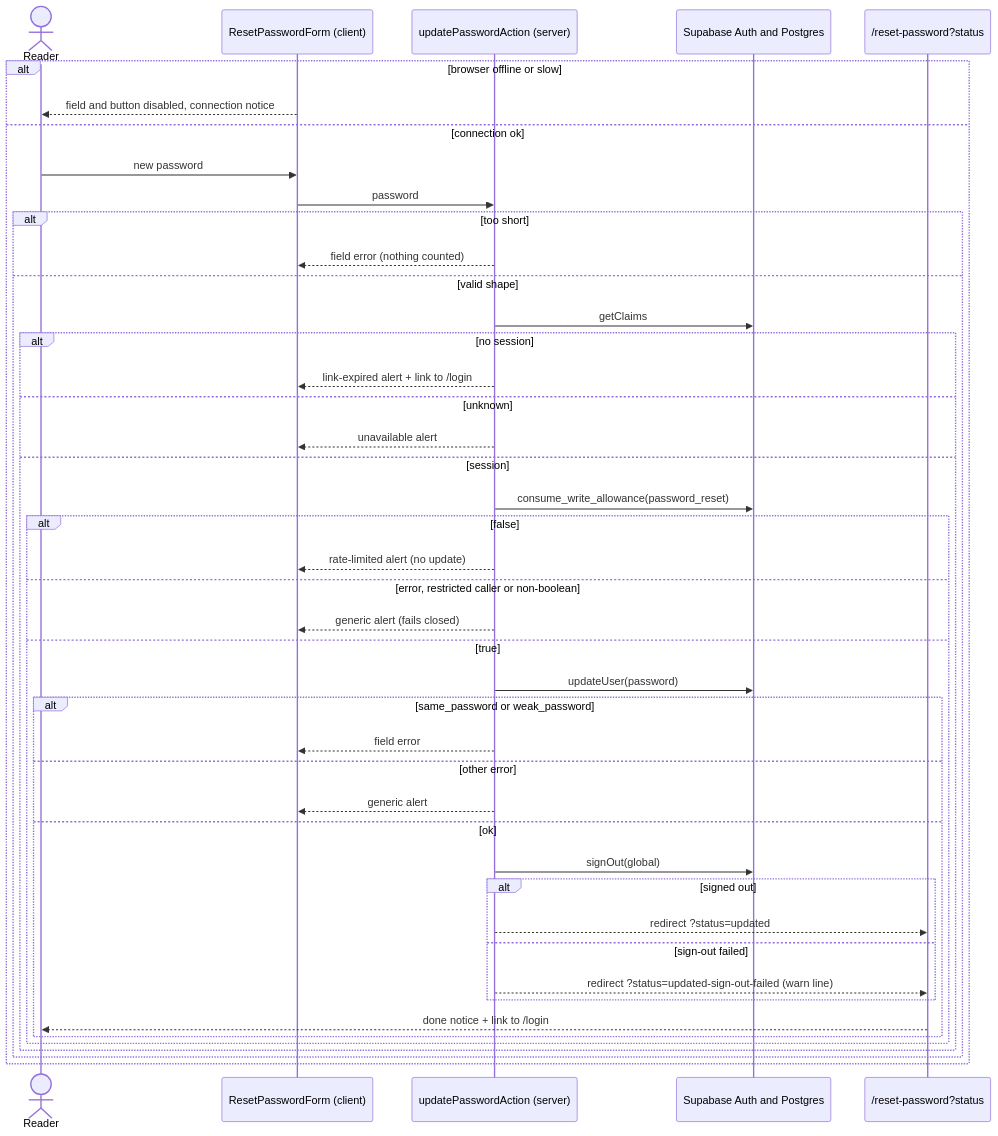
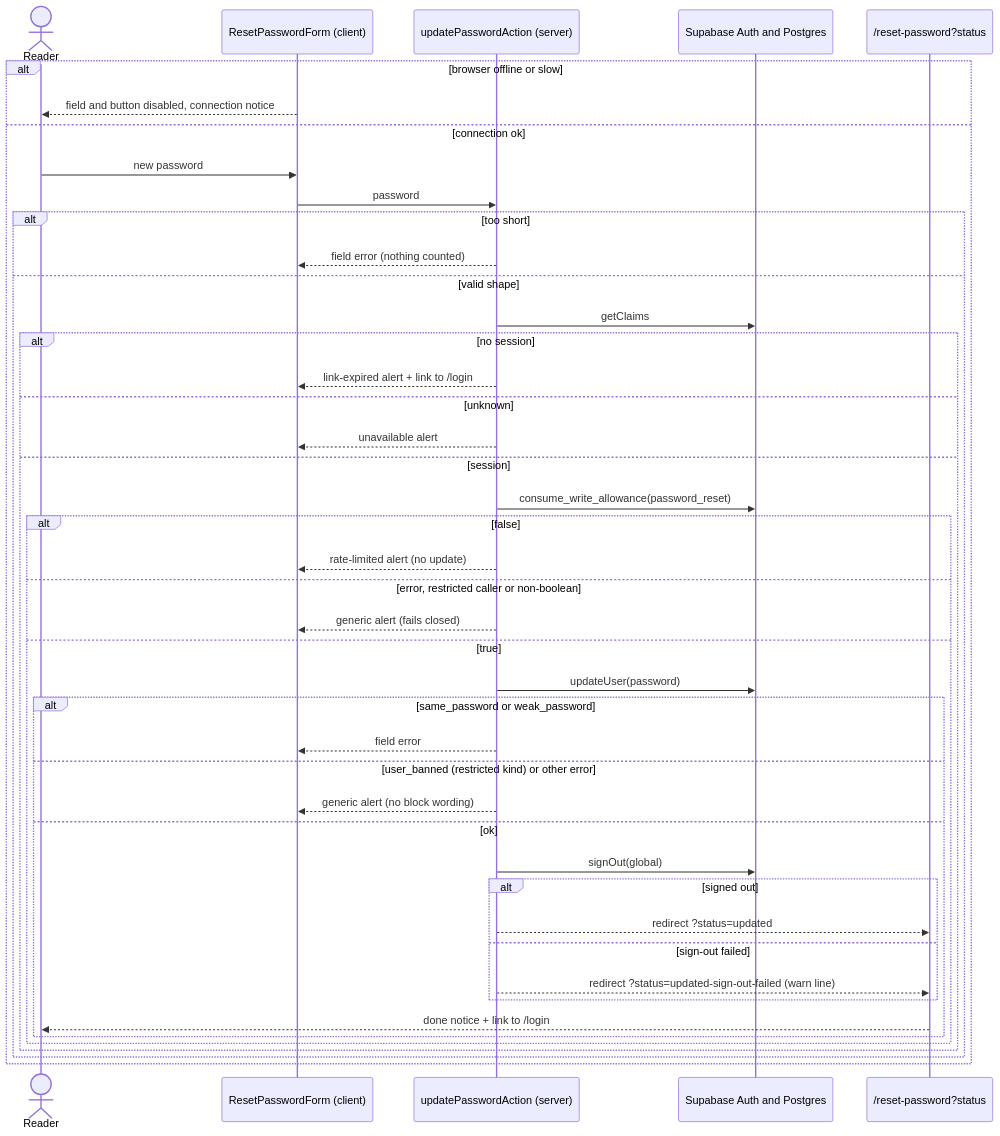
One commit to EvgeniyKrishtopa/Poetry-Hub changed the third of 3 diagrams in openspec/changes/password-recovery/design.md. Above: the diagram before and after it, drawn with Mermaid. The commit also changed other lines of this file and 8 other files, not shown here.

````diff
--- a/openspec/changes/password-recovery/design.md
+++ b/openspec/changes/password-recovery/design.md
@@ -182,47 +203,47 @@
 ```mermaid
 sequenceDiagram
   actor Reader
   participant Form as ResetPasswordForm (client)
   participant Act as updatePasswordAction (server)
   participant SB as Supabase Auth and Postgres
   participant Page as /reset-password?status
 
   alt browser offline or slow
     Form-->>Reader: field and button disabled, connection notice
   else connection ok
     Reader->>Form: new password
     Form->>Act: password
     alt too short
       Act-->>Form: field error (nothing counted)
     else valid shape
       Act->>SB: getClaims
       alt no session
         Act-->>Form: link-expired alert + link to /login
       else unknown
         Act-->>Form: unavailable alert
       else session
         Act->>SB: consume_write_allowance(password_reset)
         alt false
           Act-->>Form: rate-limited alert (no update)
         else error, restricted caller or non-boolean
           Act-->>Form: generic alert (fails closed)
         else true
           Act->>SB: updateUser(password)
           alt same_password or weak_password
             Act-->>Form: field error
-          else other error
-            Act-->>Form: generic alert
+          else user_banned (restricted kind) or other error
+            Act-->>Form: generic alert (no block wording)
           else ok
             Act->>SB: signOut(global)
             alt signed out
               Act-->>Page: redirect ?status=updated
             else sign-out failed
               Act-->>Page: redirect ?status=updated-sign-out-failed (warn line)
             end
             Page-->>Reader: done notice + link to /login
           end
         end
       end
     end
   end
 ```
````
